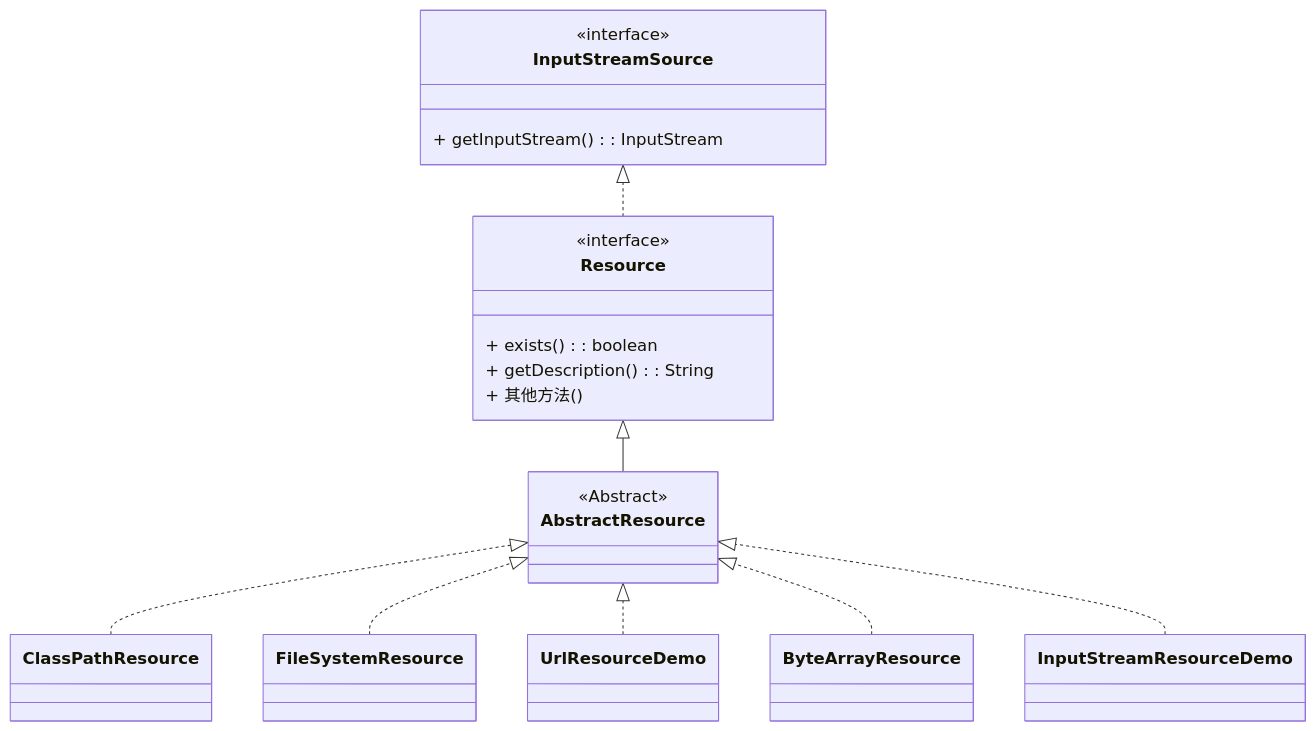
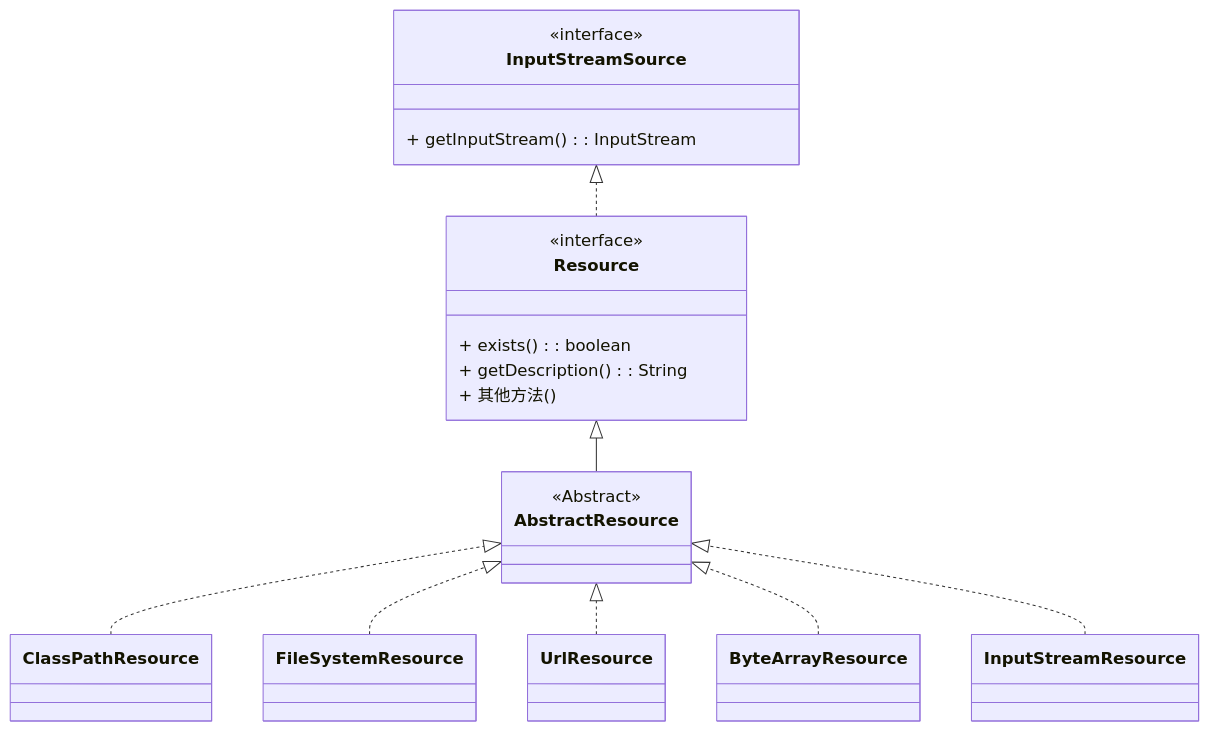
The diagram in spring-resources/spring-resource/README.md (xuchengsheng/spring-reading), drawn with Mermaid before and after one commit. The commit also changed other lines of this file, not shown here.

Commit message:
Resource源码分析

```diff
--- a/spring-resources/spring-resource/README.md
+++ b/spring-resources/spring-resource/README.md
@@ -165,42 +165,42 @@
 ~~~mermaid
 classDiagram
     direction BT
     
     class InputStreamSource{
     	<<interface>>
     	+ getInputStream(): InputStream
     }
     
     class Resource {
     	<<interface>>
         + exists(): boolean
         + getDescription(): String
         + 其他方法()
     }
     Resource ..|> InputStreamSource
 
     class AbstractResource {
     	<<Abstract>>
     }
     AbstractResource --|> Resource
 
     class ClassPathResource {
     }
     ClassPathResource ..|> AbstractResource
     
     class FileSystemResource {
     }
     FileSystemResource ..|> AbstractResource
     
-    class UrlResourceDemo {
+    class UrlResource {
     }
-    UrlResourceDemo ..|> AbstractResource
+    UrlResource ..|> AbstractResource
     
     class ByteArrayResource {
     }
     ByteArrayResource ..|> AbstractResource
     
-    class InputStreamResourceDemo {
+    class InputStreamResource {
     }
-    InputStreamResourceDemo ..|> AbstractResource
+    InputStreamResource ..|> AbstractResource
 ~~~
```
